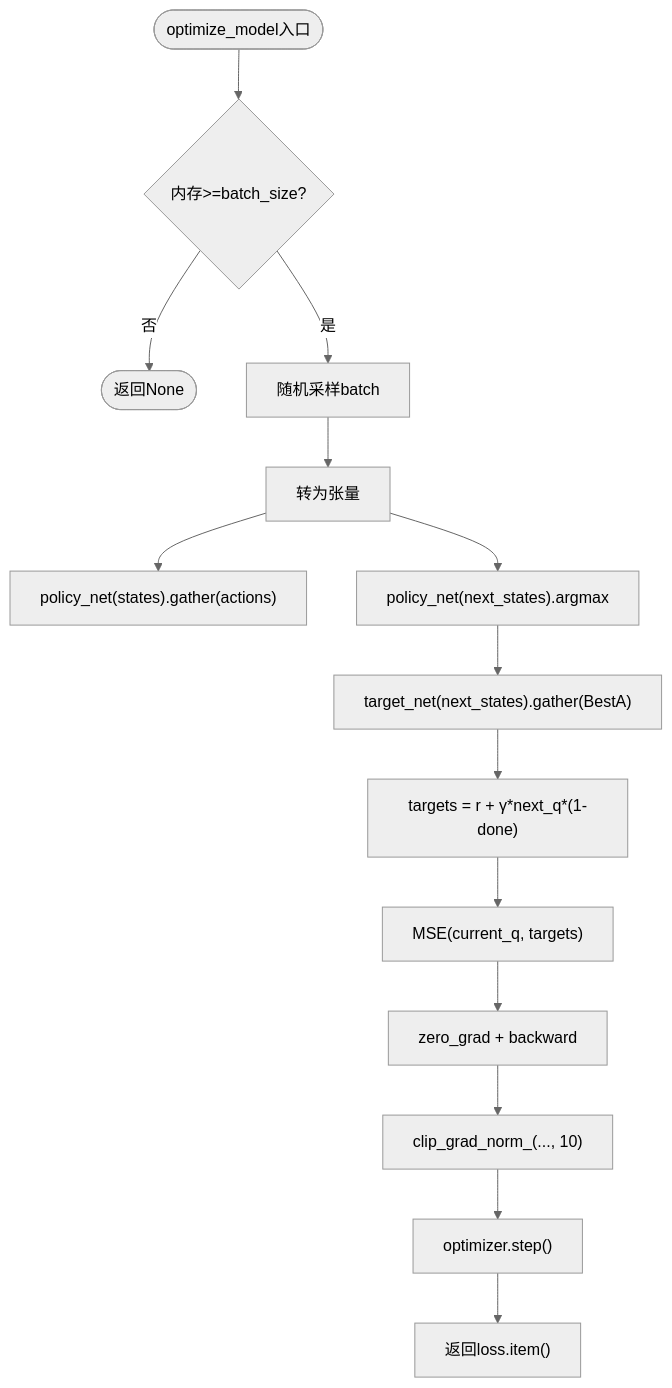
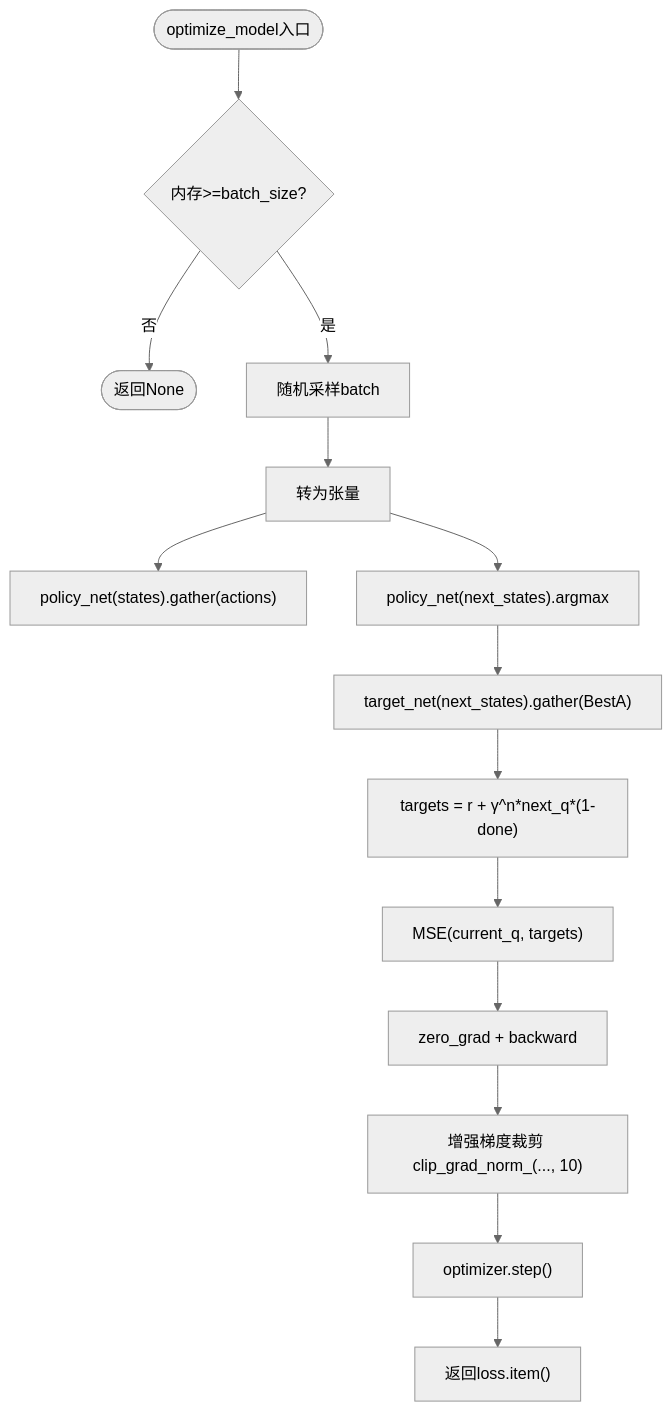
One commit to fuweiq94-cloud/3399180760000 changed the fourth of 5 diagrams in .qoder/repowiki/zh/content/D3QN算法实现/D3QN算法实现.md. Above: the diagram before and after it, drawn with Mermaid (neutral theme). The commit also changed other lines of this file and 75 other files, not shown here.

````diff
--- a/.qoder/repowiki/zh/content/D3QN算法实现/D3QN算法实现.md
+++ b/.qoder/repowiki/zh/content/D3QN算法实现/D3QN算法实现.md
@@ -140,16 +155,16 @@
 ```mermaid
 flowchart TD
 Start(["optimize_model入口"]) --> CheckBuf{"内存>=batch_size?"}
 CheckBuf -- 否 --> End(["返回None"])
 CheckBuf -- 是 --> Sample["随机采样batch"]
 Sample --> ToTensor["转为张量"]
 ToTensor --> CurrQ["policy_net(states).gather(actions)"]
 ToTensor --> BestA["policy_net(next_states).argmax"]
 BestA --> NextQ["target_net(next_states).gather(BestA)"]
-NextQ --> Target["targets = r + γ*next_q*(1-done)"]
+NextQ --> Target["targets = r + γ^n*next_q*(1-done)"]
 Target --> Loss["MSE(current_q, targets)"]
 Loss --> Backward["zero_grad + backward"]
-Backward --> Clip["clip_grad_norm_(..., 10)"]
+Backward --> Clip["增强梯度裁剪 clip_grad_norm_(..., 10)"]
 Clip --> Step["optimizer.step()"]
 Step --> ReturnLoss["返回loss.item()"]
 ```
````
